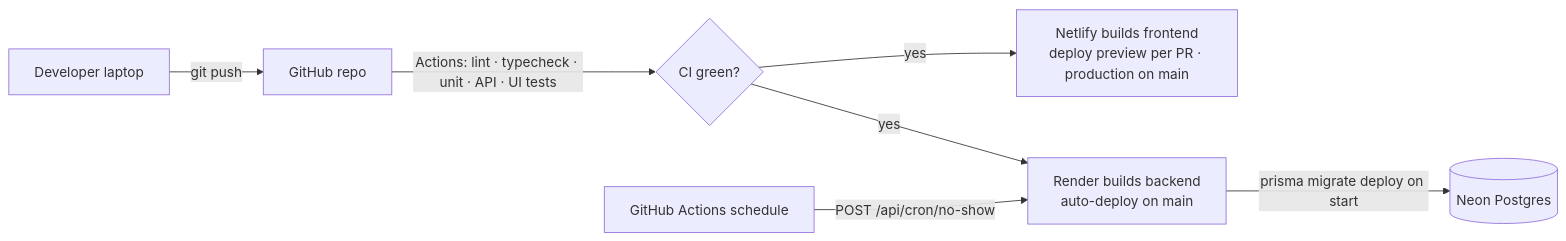
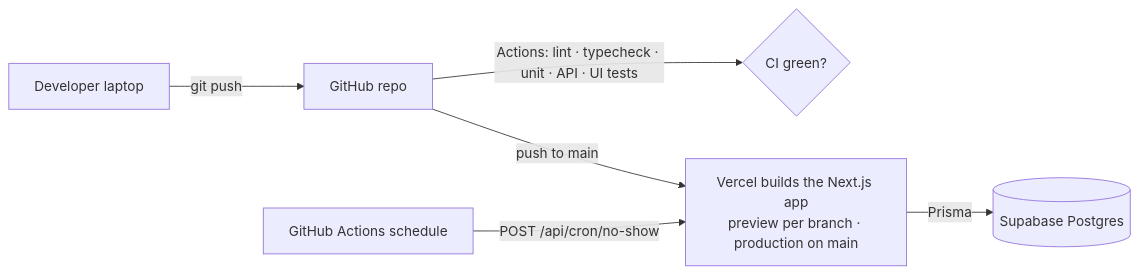
The fifth of 5 diagrams in docs/05-architecture.md (calvinanshul/RubicocanteenQ), drawn with Mermaid before and after one commit. The commit also changed other lines of this file and 20 other files, not shown here.

First line of the commit message:
Docs: drop Sprints 05-07 and remove Netlify/Render mentions

````diff
--- a/docs/05-architecture.md
+++ b/docs/05-architecture.md
@@ -159,9 +153,8 @@
 ```mermaid
 flowchart LR
     Dev[Developer laptop] -->|git push| GH[GitHub repo]
     GH -->|Actions: lint · typecheck · unit · API · UI tests| CI{CI green?}
-    CI -- yes --> NW[Netlify builds frontend<br/>deploy preview per PR · production on main]
-    CI -- yes --> RA[Render builds backend<br/>auto-deploy on main]
-    RA -->|prisma migrate deploy on start| N[(Neon Postgres)]
-    SCH[GitHub Actions schedule] -->|POST /api/cron/no-show| RA
+    GH -->|push to main| V[Vercel builds the Next.js app<br/>preview per branch · production on main]
+    V -->|Prisma| N[(Supabase Postgres)]
+    SCH[GitHub Actions schedule] -->|POST /api/cron/no-show| V
 ```
````
